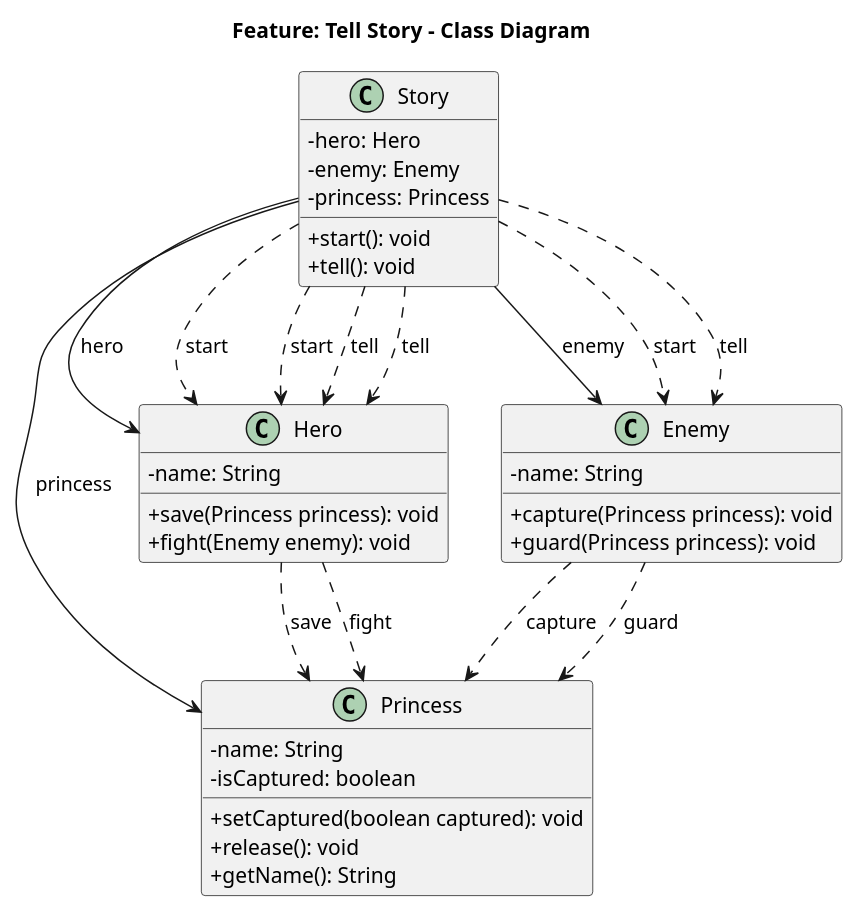
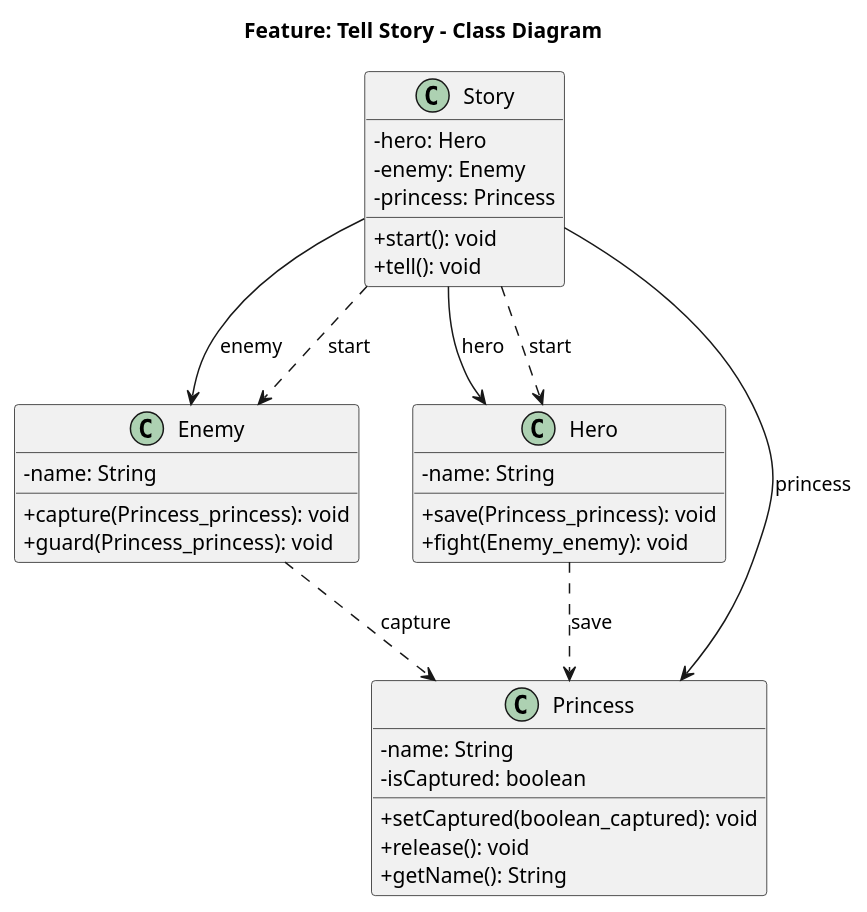
Before and after one commit to Adityarane012/UMLRev---SE-Project: the diagram in output/tell_story_class.puml, drawn with PlantUML. The commit also changed 5 other files, not shown here.

First line of the commit message:
Fix three defects that broke Mermaid diagram rendering

```diff
--- a/output/tell_story_class.puml
+++ b/output/tell_story_class.puml
@@ -1,43 +1,37 @@
 @startuml
 title Feature: Tell Story - Class Diagram
 skinparam classAttributeIconSize 0
 skinparam roundcorner 5
 skinparam packageStyle rectangle
+class Enemy {
+  - name: String
+  + capture(Princess_princess): void
+  + guard(Princess_princess): void
+}
+class Hero {
+  - name: String
+  + save(Princess_princess): void
+  + fight(Enemy_enemy): void
+}
 class Princess {
   - name: String
   - isCaptured: boolean
-  + setCaptured(boolean captured): void
+  + setCaptured(boolean_captured): void
   + release(): void
   + getName(): String
-}
-class Hero {
-  - name: String
-  + save(Princess princess): void
-  + fight(Enemy enemy): void
 }
 class Story {
   - hero: Hero
   - enemy: Enemy
   - princess: Princess
   + start(): void
   + tell(): void
 }
-class Enemy {
-  - name: String
-  + capture(Princess princess): void
-  + guard(Princess princess): void
-}
 Enemy ..> Princess : capture
-Enemy ..> Princess : guard
 Hero ..> Princess : save
-Hero ..> Princess : fight
 Story --> Hero : hero
 Story --> Enemy : enemy
 Story --> Princess : princess
 Story ..> Enemy : start
 Story ..> Hero : start
-Story ..> Hero : start
-Story ..> Enemy : tell
-Story ..> Hero : tell
-Story ..> Hero : tell
 @enduml
```
